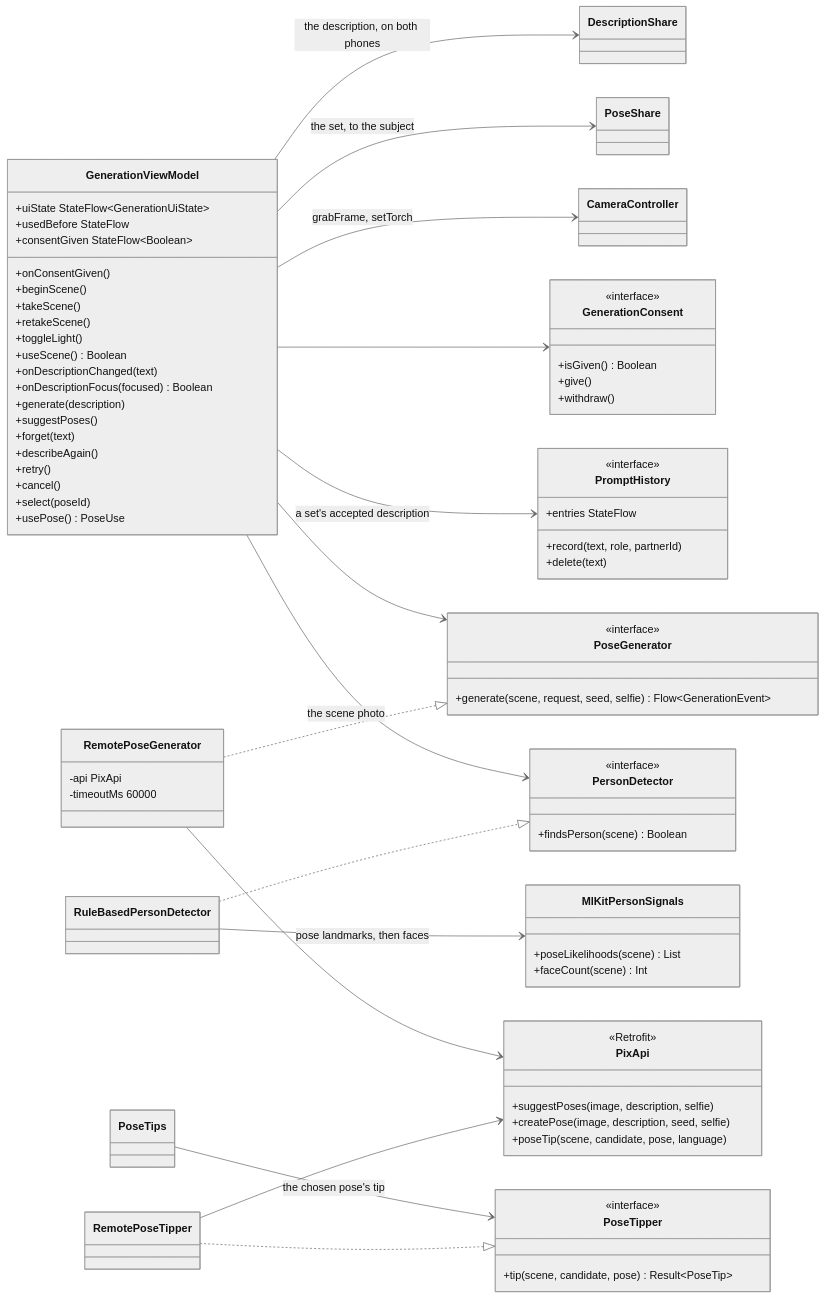
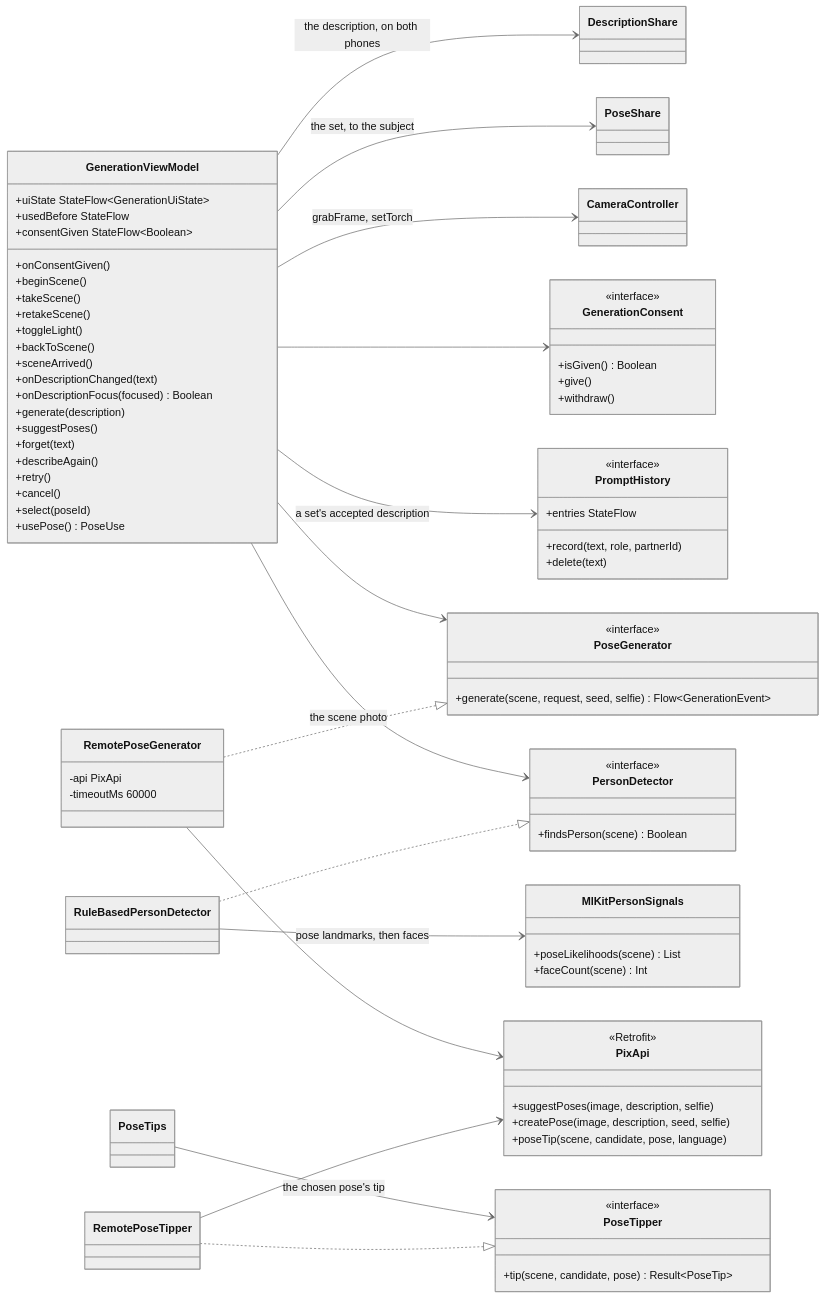
One commit to snuhcs-course/swpp-2026-project-team-10 changed the eighth of 14 diagrams in wiki/Design-Documentation.md. Above: the diagram before and after it, drawn with Mermaid (neutral theme). The commit also changed other lines of this file and 58 other files, not shown here.

````diff
--- a/wiki/Design-Documentation.md
+++ b/wiki/Design-Documentation.md
@@ -1056,80 +1058,81 @@
 ```mermaid
 classDiagram
   direction LR
   class GenerationViewModel {
     +uiState StateFlow~GenerationUiState~
     +usedBefore StateFlow
     +consentGiven StateFlow~Boolean~
     +onConsentGiven()
     +beginScene()
     +takeScene()
     +retakeScene()
     +toggleLight()
-    +useScene() Boolean
+    +backToScene()
+    +sceneArrived()
     +onDescriptionChanged(text)
     +onDescriptionFocus(focused) Boolean
     +generate(description)
     +suggestPoses()
     +forget(text)
     +describeAgain()
     +retry()
     +cancel()
     +select(poseId)
     +usePose() PoseUse
   }
   class PoseGenerator {
     <<interface>>
     +generate(scene, request, seed, selfie) Flow~GenerationEvent~
   }
   class RemotePoseGenerator {
     -api PixApi
     -timeoutMs 60000
   }
   class PixApi {
     <<Retrofit>>
     +suggestPoses(image, description, selfie)
     +createPose(image, description, seed, selfie)
     +poseTip(scene, candidate, pose, language)
   }
   class PersonDetector {
     <<interface>>
     +findsPerson(scene) Boolean
   }
   class RuleBasedPersonDetector
   class MlKitPersonSignals {
     +poseLikelihoods(scene) List
     +faceCount(scene) Int
   }
   class PromptHistory {
     <<interface>>
     +entries StateFlow
     +record(text, role, partnerId)
     +delete(text)
   }
   class GenerationConsent {
     <<interface>>
     +isGiven() Boolean
     +give()
     +withdraw()
   }
   class PoseTips
   class PoseTipper {
     <<interface>>
     +tip(scene, candidate, pose) Result~PoseTip~
   }
   class RemotePoseTipper
   GenerationViewModel --> PoseGenerator
   GenerationViewModel --> PersonDetector : the scene photo
   GenerationViewModel --> PromptHistory : a set's accepted description
   GenerationViewModel --> GenerationConsent
   GenerationViewModel --> CameraController : grabFrame, setTorch
   GenerationViewModel --> PoseShare : the set, to the subject
   GenerationViewModel --> DescriptionShare : the description, on both phones
   RemotePoseGenerator ..|> PoseGenerator
   RemotePoseGenerator --> PixApi
   RuleBasedPersonDetector ..|> PersonDetector
   RuleBasedPersonDetector --> MlKitPersonSignals : pose landmarks, then faces
   PoseTips --> PoseTipper : the chosen pose's tip
   RemotePoseTipper ..|> PoseTipper
   RemotePoseTipper --> PixApi
 ```
````
